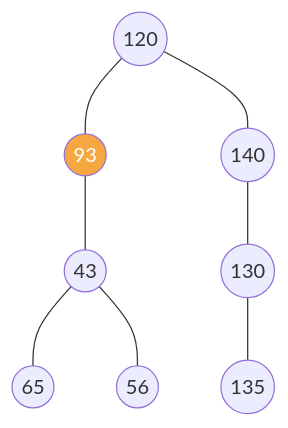
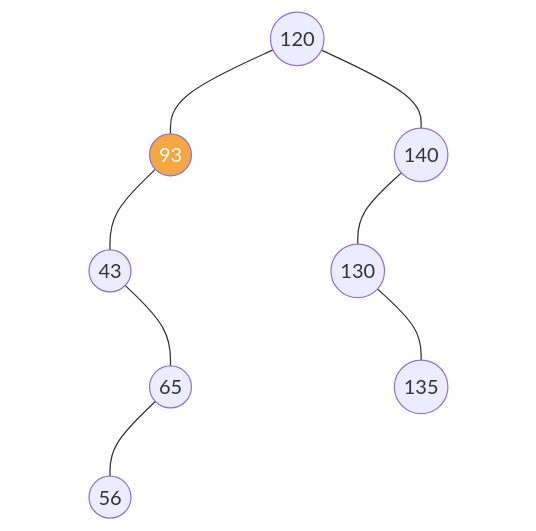
One commit to frijolitobandido/Guia_Matematica_Discreta changed diagram 14 of 39 in 03-arboles.md. Above: the diagram before and after it, drawn with Mermaid. The commit also changed other lines of this file, not shown here.

````diff
--- a/03-arboles.md
+++ b/03-arboles.md
@@ -427,12 +451,19 @@
 ```mermaid
 graph TD
     n120((120)) --- n93((93))
     n120 --- n140((140))
     n93 --- n43((43))
+    n93 --- inv93[" "]:::invis
     n140 --- n130((130))
+    n140 --- inv140[" "]:::invis
+    n43 --- inv43[" "]:::invis
     n43 --- n65((65))
+    n130 --- inv130[" "]:::invis
     n130 --- n135((135))
-    n43 --- n56((56))
+    n65 --- n56((56))
+    n65 --- inv65[" "]:::invis
 
+    classDef invis fill:none,stroke:none,color:none
     style n93 fill:#f5a742,color:#fff
+    linkStyle 3,5,6,8,11 stroke:none;
 ```
````
